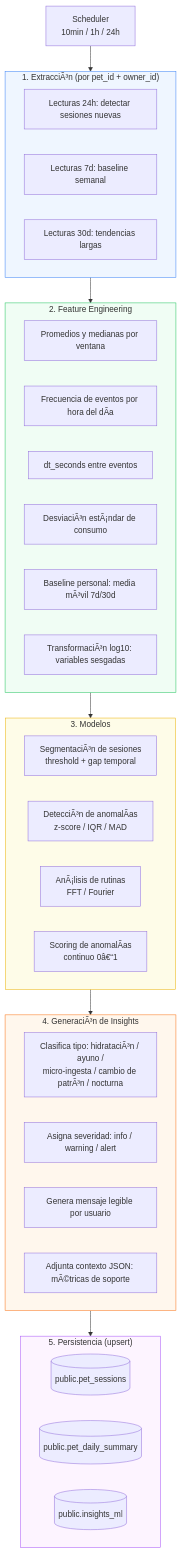
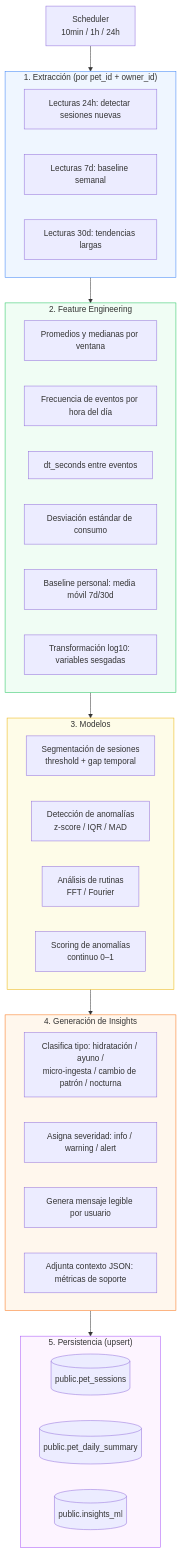
One commit to kittypau-mascotas/kittypau_2026 changed the fifth of 6 diagrams in Docs/archive/analitica/KittyPau_Arquitectura_Datos_v3.md. Above: the diagram before and after it, drawn with Mermaid. The commit also changed other lines of this file and 344 other files, not shown here.

````diff
--- a/Docs/archive/analitica/KittyPau_Arquitectura_Datos_v3.md
+++ b/Docs/archive/analitica/KittyPau_Arquitectura_Datos_v3.md
@@ -396,51 +396,51 @@
 ```mermaid
 flowchart TD
     SCHED[Scheduler\n10min / 1h / 24h]
 
-    subgraph EXTRACT["1. ExtracciÃ³n (por pet_id + owner_id)"]
+    subgraph EXTRACT["1. Extracción (por pet_id + owner_id)"]
         E1[Lecturas 24h: detectar sesiones nuevas]
         E2[Lecturas 7d: baseline semanal]
         E3[Lecturas 30d: tendencias largas]
     end
 
     subgraph FEATURE["2. Feature Engineering"]
         F1[Promedios y medianas por ventana]
-        F2[Frecuencia de eventos por hora del dÃ­a]
+        F2[Frecuencia de eventos por hora del día]
         F3[dt_seconds entre eventos]
-        F4[DesviaciÃ³n estÃ¡ndar de consumo]
-        F5[Baseline personal: media mÃ³vil 7d/30d]
-        F6[TransformaciÃ³n log10: variables sesgadas]
+        F4[Desviación estándar de consumo]
+        F5[Baseline personal: media móvil 7d/30d]
+        F6[Transformación log10: variables sesgadas]
     end
 
     subgraph MODELS["3. Modelos"]
-        M1[SegmentaciÃ³n de sesiones\nthreshold + gap temporal]
-        M2[DetecciÃ³n de anomalÃ­as\nz-score / IQR / MAD]
-        M3[AnÃ¡lisis de rutinas\nFFT / Fourier]
-        M4[Scoring de anomalÃ­as\ncontinuo 0â€“1]
+        M1[Segmentación de sesiones\nthreshold + gap temporal]
+        M2[Detección de anomalías\nz-score / IQR / MAD]
+        M3[Análisis de rutinas\nFFT / Fourier]
+        M4[Scoring de anomalías\ncontinuo 0–1]
     end
 
-    subgraph INSIGHTS["4. GeneraciÃ³n de Insights"]
-        I1[Clasifica tipo: hidrataciÃ³n / ayuno /\nmicro-ingesta / cambio de patrÃ³n / nocturna]
+    subgraph INSIGHTS["4. Generación de Insights"]
+        I1[Clasifica tipo: hidratación / ayuno /\nmicro-ingesta / cambio de patrón / nocturna]
         I2[Asigna severidad: info / warning / alert]
         I3[Genera mensaje legible por usuario]
-        I4[Adjunta contexto JSON: mÃ©tricas de soporte]
+        I4[Adjunta contexto JSON: métricas de soporte]
     end
 
     subgraph PERSIST["5. Persistencia (upsert)"]
         P1[(public.pet_sessions)]
         P2[(public.pet_daily_summary)]
         P3[(public.insights_ml)]
     end
 
     SCHED --> EXTRACT
     EXTRACT --> FEATURE
     FEATURE --> MODELS
     MODELS --> INSIGHTS
     INSIGHTS --> PERSIST
 
     style EXTRACT fill:#eff6ff,stroke:#3b82f6
     style FEATURE fill:#f0fdf4,stroke:#22c55e
     style MODELS fill:#fefce8,stroke:#eab308
     style INSIGHTS fill:#fff7ed,stroke:#f97316
     style PERSIST fill:#fdf4ff,stroke:#a855f7
 ```
````
